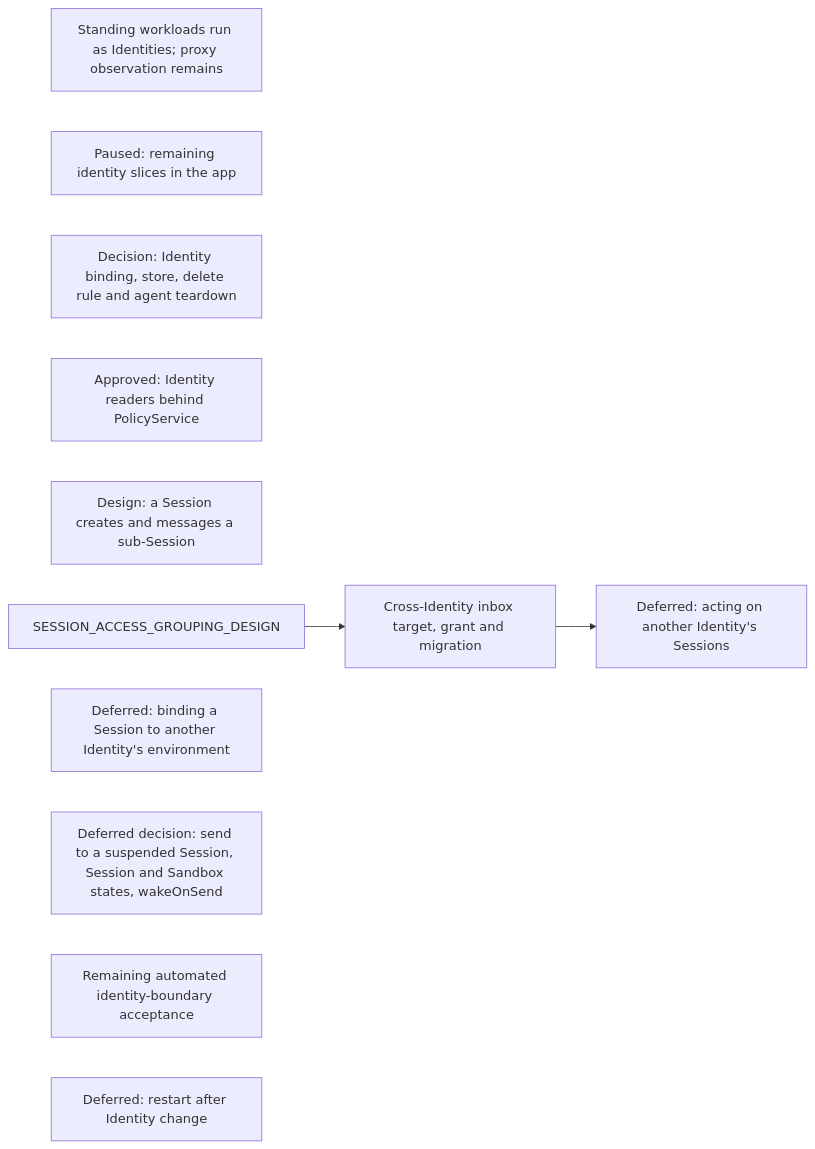
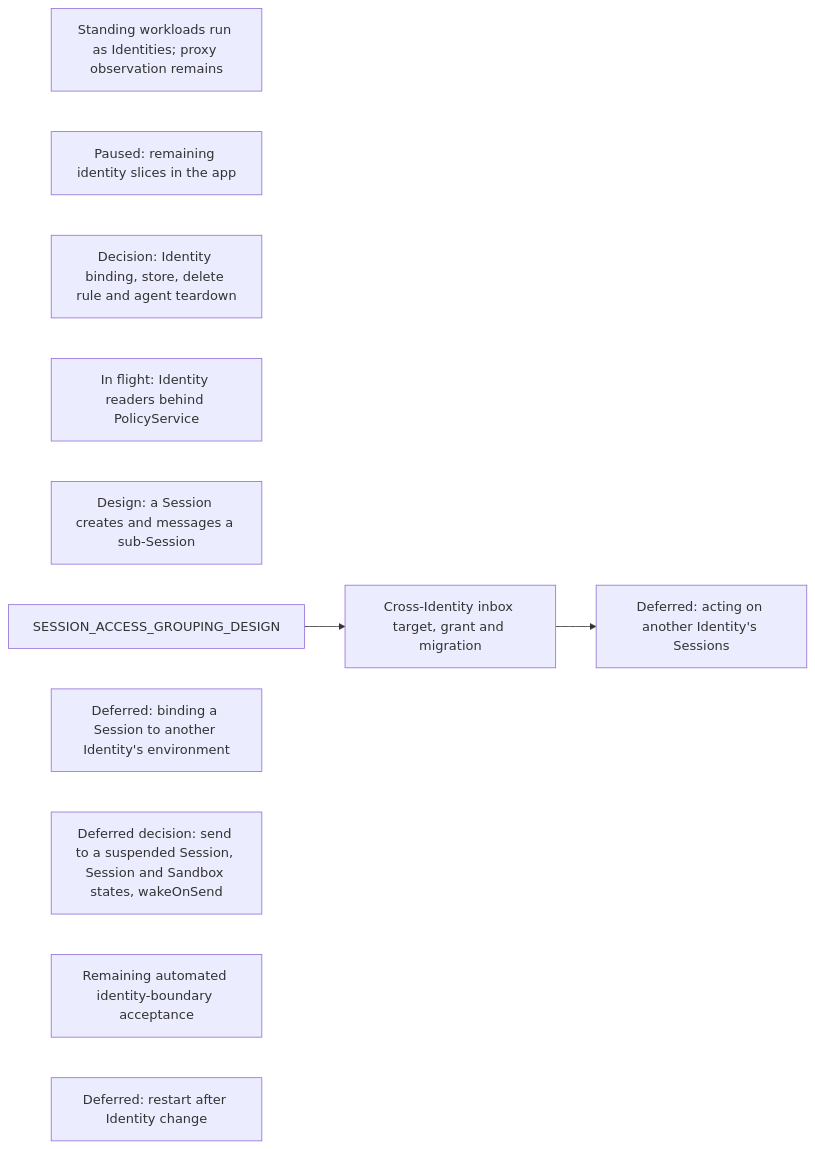
Diagram 16 of 18 in agentplane/plans/task_dag.md (agentydragon/ducktape), drawn with Mermaid before and after one commit. The commit also changed other lines of this file and 1 other file, not shown here.

First line of the commit message:
Identity ownership: record what landed and what remains of the reader move

````diff
--- a/agentplane/plans/task_dag.md
+++ b/agentplane/plans/task_dag.md
@@ -3548,14 +3548,14 @@
 ```mermaid
 flowchart LR
     STANDING_WORKLOAD_IDENTITY[Standing workloads run as Identities; proxy observation remains]
     APP_IDENTITIES_UI[Paused: remaining identity slices in the app]
     IDENTITY_OWNERSHIP_DESIGN[Decision: Identity binding, store, delete rule and agent teardown]
-    IDENTITY_READERS_BEHIND_POLICY_SERVICE[Approved: Identity readers behind PolicyService]
+    IDENTITY_READERS_BEHIND_POLICY_SERVICE[In flight: Identity readers behind PolicyService]
     SESSION_SUBAGENT_DELEGATION[Design: a Session creates and messages a sub-Session]
     SESSION_ACCESS_GROUPING_DESIGN --> SESSION_IDENTITY_AUTHZ[Cross-Identity inbox target, grant and migration]
     SESSION_IDENTITY_AUTHZ --> SESSION_CROSS_IDENTITY_AUTHORITY[Deferred: acting on another Identity's Sessions]
     CROSS_IDENTITY_SESSION_BINDING[Deferred: binding a Session to another Identity's environment]
     WAKE_ON_DELIVERY_DESIGN[Deferred decision: send to a suspended Session, Session and Sandbox states, wakeOnSend]
     IDENTITY_SYSTEM_TESTS[Remaining automated identity-boundary acceptance]
     SANDBOX_IDENTITY_CHANGE_CHECKPOINT[Deferred: restart after Identity change]
 ```
````
